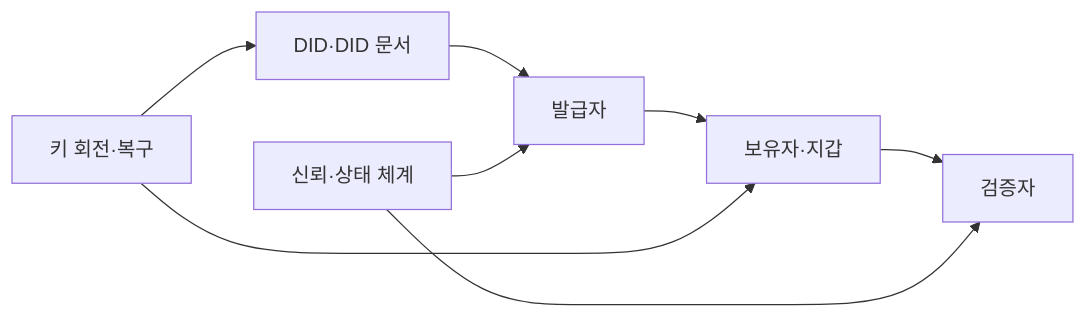
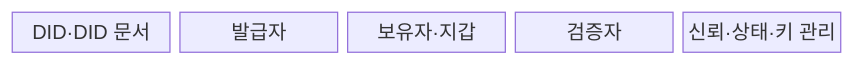
Before and after one commit to agnusdei1207/knowledge-base: the first of 2 diagrams in src/content/docs/notes/05-security/066_did_ssi.md, drawn with Mermaid. The commit also changed other lines of this file and 7 other files, not shown here.

````diff
--- a/src/content/docs/notes/05-security/066_did_ssi.md
+++ b/src/content/docs/notes/05-security/066_did_ssi.md
@@ -59,10 +61,9 @@
 ```mermaid
-flowchart LR
-    A[DID·DID 문서] --> B[발급자]
-    B --> C[보유자·지갑]
-    C --> D[검증자]
-    E[신뢰·상태 체계] --> B
-    E --> D
-    F[키 회전·복구] --> A
-    F --> C
+block-beta
+  columns 5
+  A["DID·DID 문서"]
+  B["발급자"]
+  C["보유자·지갑"]
+  D["검증자"]
+  E["신뢰·상태·키 관리"]
 ```
````
